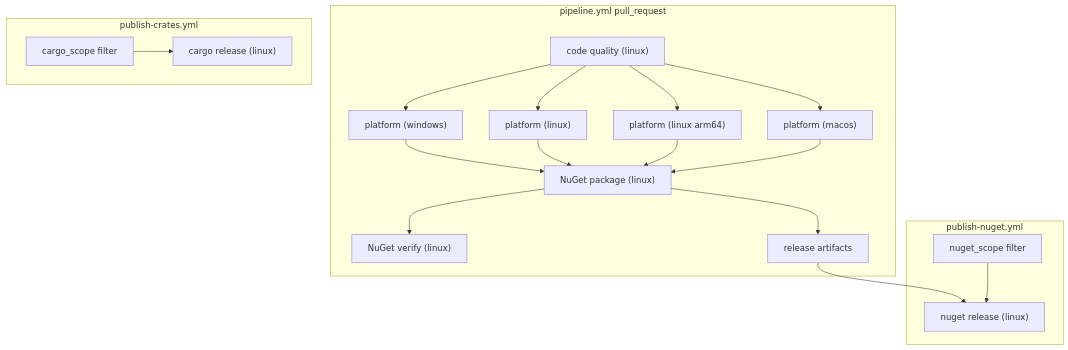
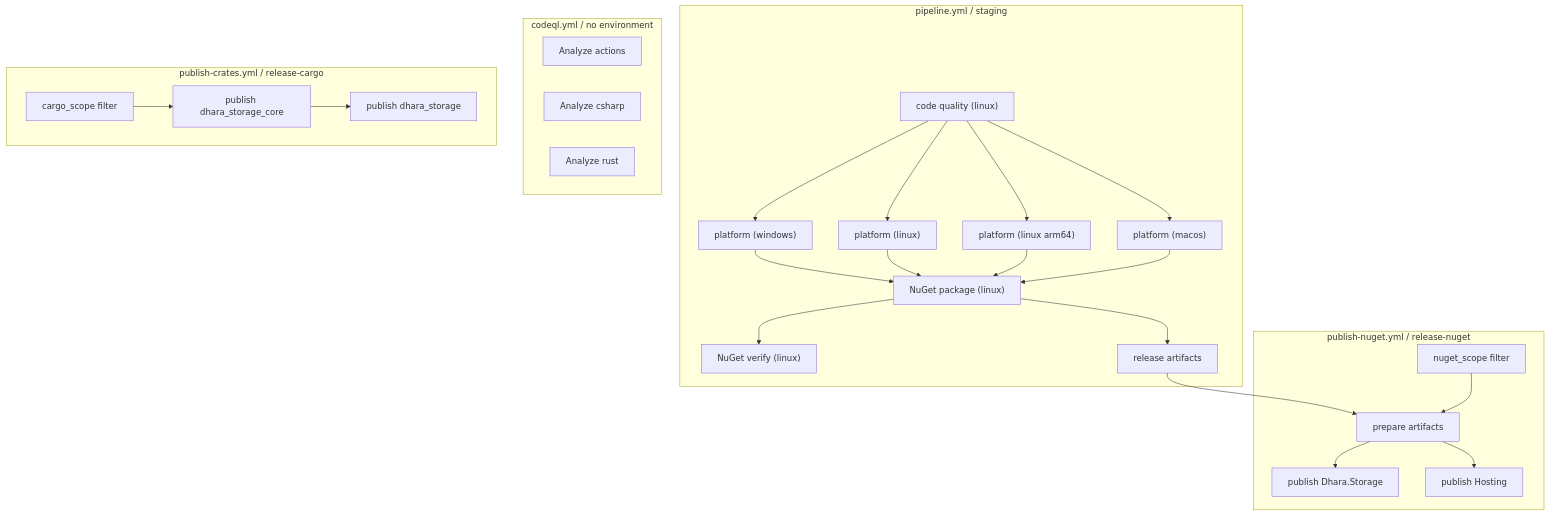
The diagram in docs/ci-cd-pipelines.md (D-Naveenz/dhara_storage), drawn with Mermaid before and after one commit. The commit also changed other lines of this file and 22 other files, not shown here.

````diff
--- a/docs/ci-cd-pipelines.md
+++ b/docs/ci-cd-pipelines.md
@@ -20,29 +52,40 @@
 ```mermaid
 flowchart TB
-  subgraph pr ["pipeline.yml pull_request"]
+  subgraph pr ["pipeline.yml / staging"]
     Q["code quality (linux)"]
     PW["platform (windows)"]
     PL["platform (linux)"]
     PLA["platform (linux arm64)"]
     PM["platform (macos)"]
     PACK["NuGet package (linux)"]
     VER["NuGet verify (linux)"]
     Q --> PW & PL & PLA & PM
     PW & PL & PLA & PM --> PACK
     PACK --> VER
     PACK --> ART[release artifacts]
   end
 
-  subgraph cd_cargo ["publish-crates.yml"]
-    FC[cargo_scope filter]
-    CR["cargo release (linux)"]
-    FC --> CR
+  subgraph sast ["codeql.yml / no environment"]
+    CA["Analyze actions"]
+    CC["Analyze csharp"]
+    CRU["Analyze rust"]
   end
 
-  subgraph cd_nuget ["publish-nuget.yml"]
+  subgraph cd_cargo ["publish-crates.yml / release-cargo"]
+    FC[cargo_scope filter]
+    CCORE["publish dhara_storage_core"]
+    CRUN["publish dhara_storage"]
+    FC --> CCORE --> CRUN
+  end
+
+  subgraph cd_nuget ["publish-nuget.yml / release-nuget"]
     FN[nuget_scope filter]
-    NU["nuget release (linux)"]
-    ART --> NU
-    FN --> NU
+    PREP[prepare artifacts]
+    NS["publish Dhara.Storage"]
+    NH["publish Hosting"]
+    ART --> PREP
+    FN --> PREP
+    PREP --> NS
+    PREP --> NH
   end
 ```
````
